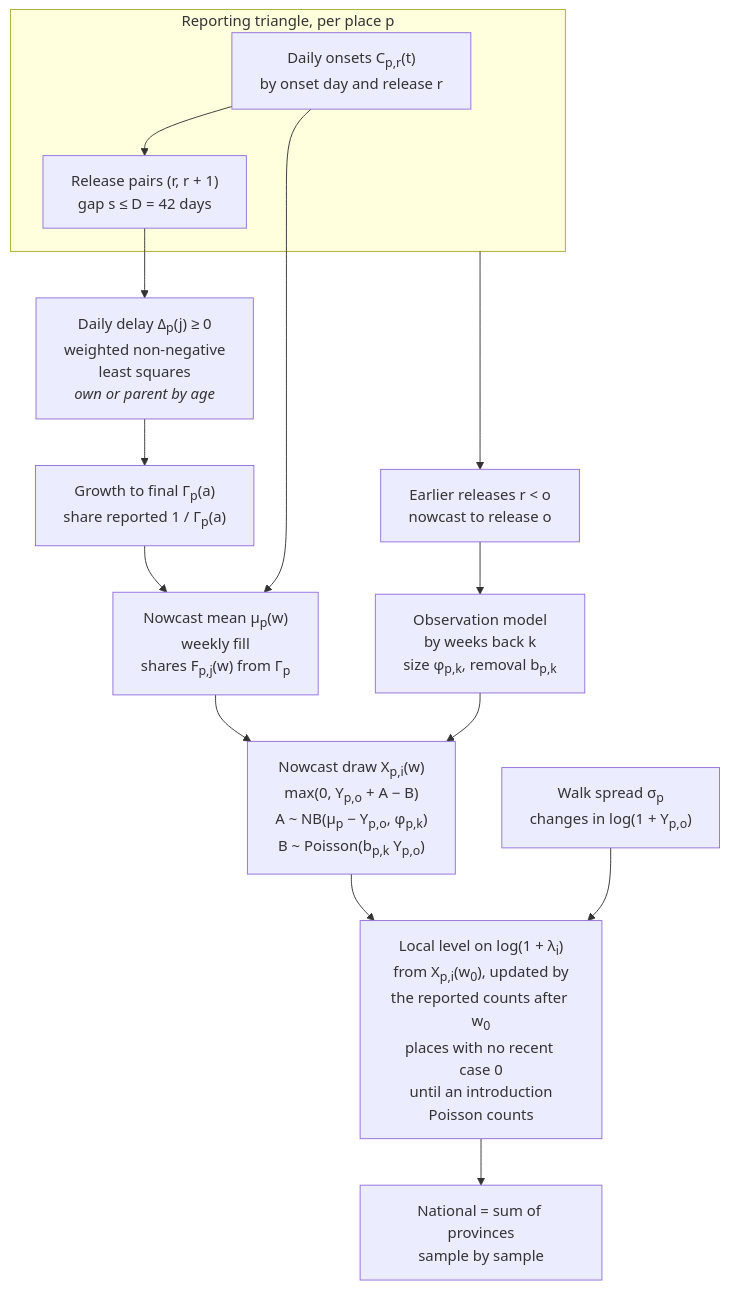
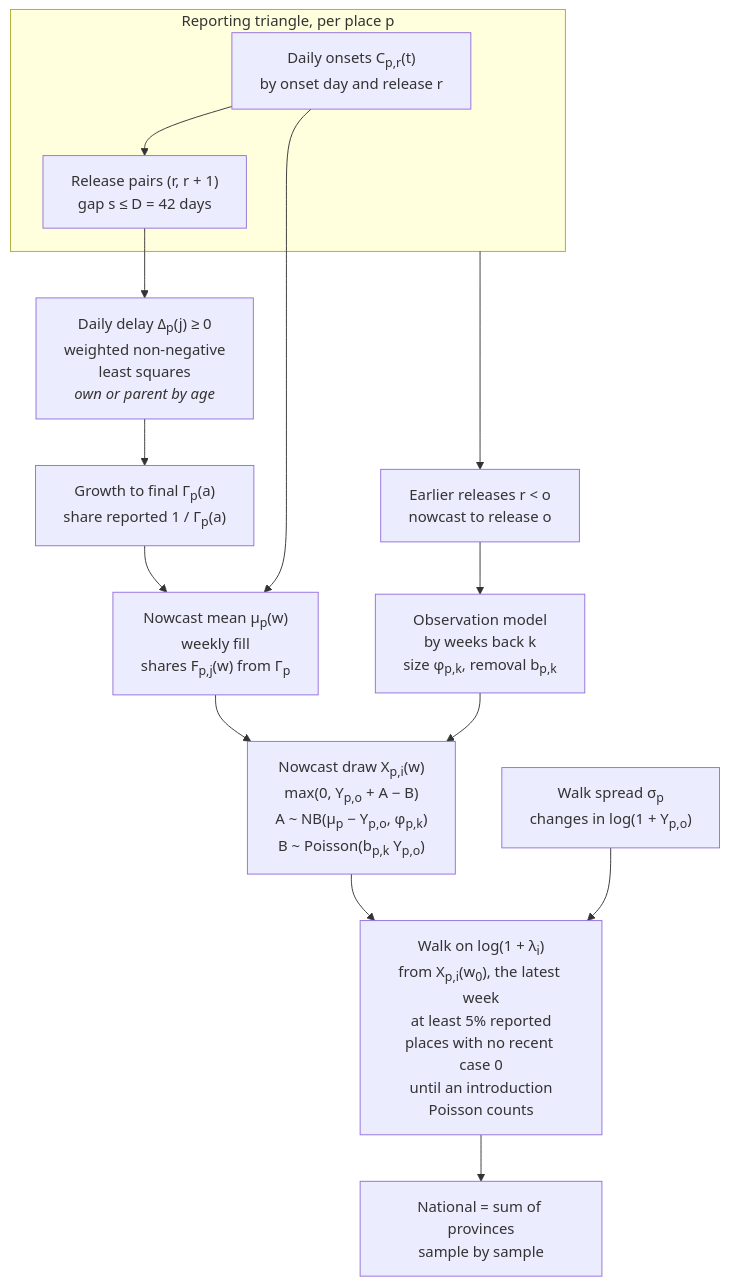
The first of 2 diagrams in docs/methods/baselines.md (seabbs/BDBVHubRenewal), drawn with Mermaid before and after one commit. The commit also changed other lines of this file and 5 other files, not shown here.

First line of the commit message:
feat: nowcast every week at least 5% reported and walk on from the latest

````diff
--- a/docs/methods/baselines.md
+++ b/docs/methods/baselines.md
@@ -27,29 +27,29 @@
 ```mermaid
 flowchart TD
     subgraph TRI["Reporting triangle, per place p"]
         SNAP["Daily onsets C<sub>p,r</sub>(t)<br/>by onset day and release r"]
         PAIR["Release pairs (r, r + 1)<br/>gap s ≤ D = 42 days"]
     end
     DEL["Daily delay Δ<sub>p</sub>(j) ≥ 0<br/>weighted non-negative<br/>least squares<br/><i>own or parent by age</i>"]
     G["Growth to final Γ<sub>p</sub>(a)<br/>share reported 1 / Γ<sub>p</sub>(a)"]
     MU["Nowcast mean μ<sub>p</sub>(w)<br/>weekly fill<br/>shares F<sub>p,j</sub>(w) from Γ<sub>p</sub>"]
     RETRO["Earlier releases r &lt; o<br/>nowcast to release o"]
     OBS["Observation model<br/>by weeks back k<br/>size φ<sub>p,k</sub>, removal b<sub>p,k</sub>"]
     X["Nowcast draw X<sub>p,i</sub>(w)<br/>max(0, Y<sub>p,o</sub> + A − B)<br/>A ~ NB(μ<sub>p</sub> − Y<sub>p,o</sub>, φ<sub>p,k</sub>)<br/>B ~ Poisson(b<sub>p,k</sub> Y<sub>p,o</sub>)"]
     SIG["Walk spread σ<sub>p</sub><br/>changes in log(1 + Y<sub>p,o</sub>)"]
-    W["Local level on log(1 + λ<sub>i</sub>)<br/>from X<sub>p,i</sub>(w<sub>0</sub>), updated by<br/>the reported counts after w<sub>0</sub><br/>places with no recent case 0<br/>until an introduction<br/>Poisson counts"]
+    W["Walk on log(1 + λ<sub>i</sub>)<br/>from X<sub>p,i</sub>(w<sub>0</sub>), the latest week<br/>at least 5% reported<br/>places with no recent case 0<br/>until an introduction<br/>Poisson counts"]
     NAT["National = sum of provinces<br/>sample by sample"]
 
     SNAP --> PAIR
     PAIR --> DEL
     DEL --> G
     G --> MU
     SNAP --> MU
     TRI --> RETRO
     RETRO --> OBS
     MU --> X
     OBS --> X
     X --> W
     SIG --> W
     W --> NAT
 ```
````
